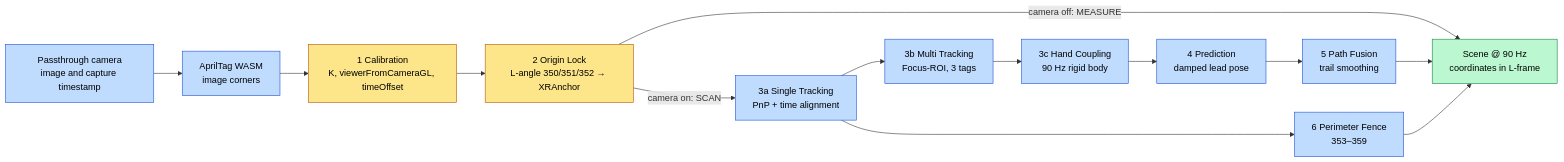
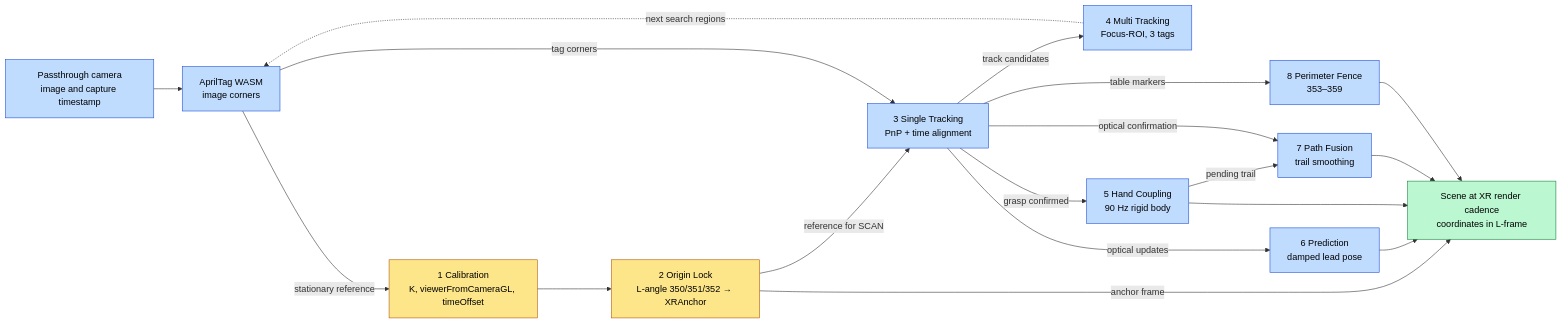
One commit to PiMaV/Quest3-WebXR-AprilTag changed the diagram in docs/diagrams/00-overview.mmd. Above: the diagram before and after it, drawn with Mermaid. The commit also changed 62 other files, not shown here.

```diff
--- a/docs/diagrams/00-overview.mmd
+++ b/docs/diagrams/00-overview.mmd
@@ -1,19 +1,27 @@
 flowchart LR
   classDef once fill:#fde68a,stroke:#b45309,color:#000
   classDef live fill:#bfdbfe,stroke:#1d4ed8,color:#000
   classDef out fill:#bbf7d0,stroke:#15803d,color:#000
   CAM["Passthrough camera<br/>image and capture timestamp"]:::live
   DET["AprilTag WASM<br/>image corners"]:::live
   CAL["1 Calibration<br/>K, viewerFromCameraGL, timeOffset"]:::once
   ORI["2 Origin Lock<br/>L-angle 350/351/352 → XRAnchor"]:::once
-  SINGLE["3a Single Tracking<br/>PnP + time alignment"]:::live
-  MULTI["3b Multi Tracking<br/>Focus-ROI, 3 tags"]:::live
-  HAND["3c Hand Coupling<br/>90 Hz rigid body"]:::live
-  PRED["4 Prediction<br/>damped lead pose"]:::live
-  PATH["5 Path Fusion<br/>trail smoothing"]:::live
-  FENCE["6 Perimeter Fence<br/>353–359"]:::live
-  OUT["Scene @ 90 Hz<br/>coordinates in L-frame"]:::out
-  CAM --> DET --> CAL --> ORI
-  ORI -->|camera off: MEASURE| OUT
-  ORI -->|camera on: SCAN| SINGLE --> MULTI --> HAND --> PRED --> PATH --> OUT
-  SINGLE --> FENCE --> OUT
+  SINGLE["3 Single Tracking<br/>PnP + time alignment"]:::live
+  MULTI["4 Multi Tracking<br/>Focus-ROI, 3 tags"]:::live
+  HAND["5 Hand Coupling<br/>90 Hz rigid body"]:::live
+  PRED["6 Prediction<br/>damped lead pose"]:::live
+  PATH["7 Path Fusion<br/>trail smoothing"]:::live
+  FENCE["8 Perimeter Fence<br/>353–359"]:::live
+  OUT["Scene at XR render cadence<br/>coordinates in L-frame"]:::out
+  CAM --> DET
+  DET -->|"stationary reference"| CAL --> ORI
+  ORI -->|"anchor frame"| OUT
+  ORI -->|"reference for SCAN"| SINGLE
+  DET -->|"tag corners"| SINGLE
+  SINGLE -->|"track candidates"| MULTI
+  MULTI -.->|"next search regions"| DET
+  SINGLE -->|"optical updates"| PRED --> OUT
+  SINGLE -->|"grasp confirmed"| HAND --> OUT
+  HAND -->|"pending trail"| PATH
+  SINGLE -->|"optical confirmation"| PATH --> OUT
+  SINGLE -->|"table markers"| FENCE --> OUT
```
